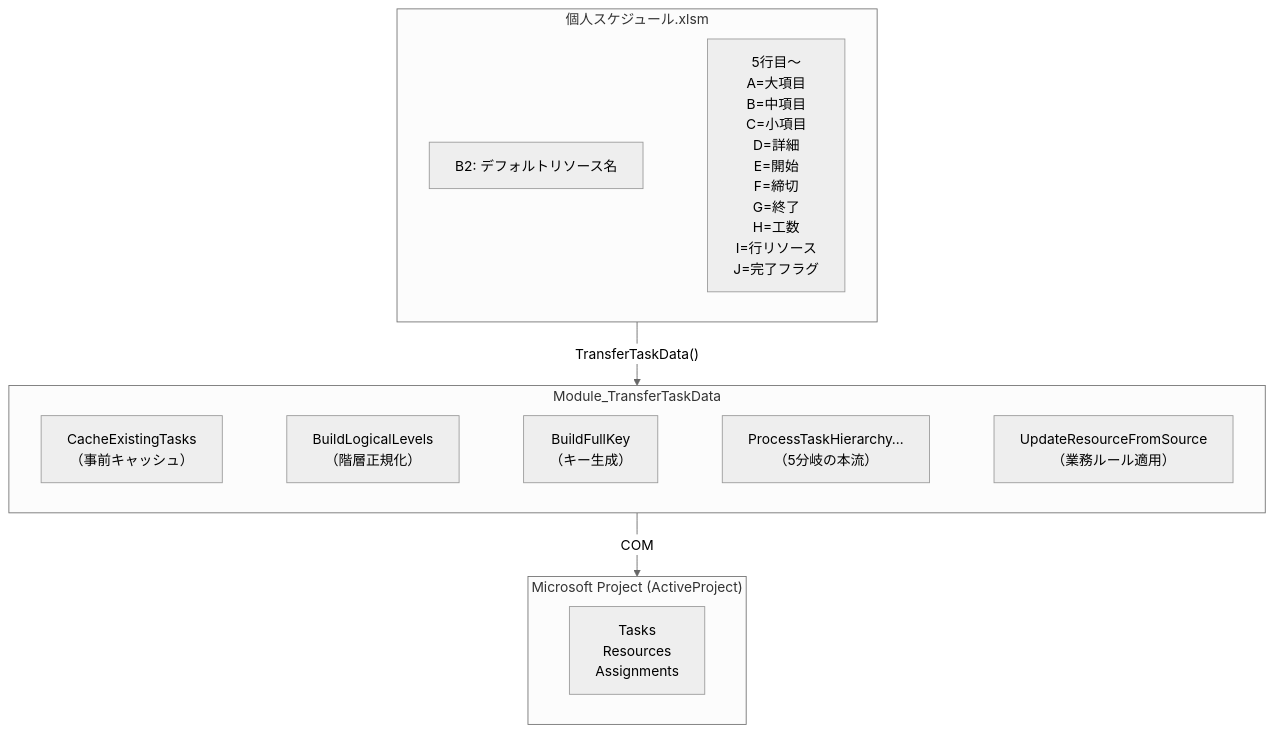
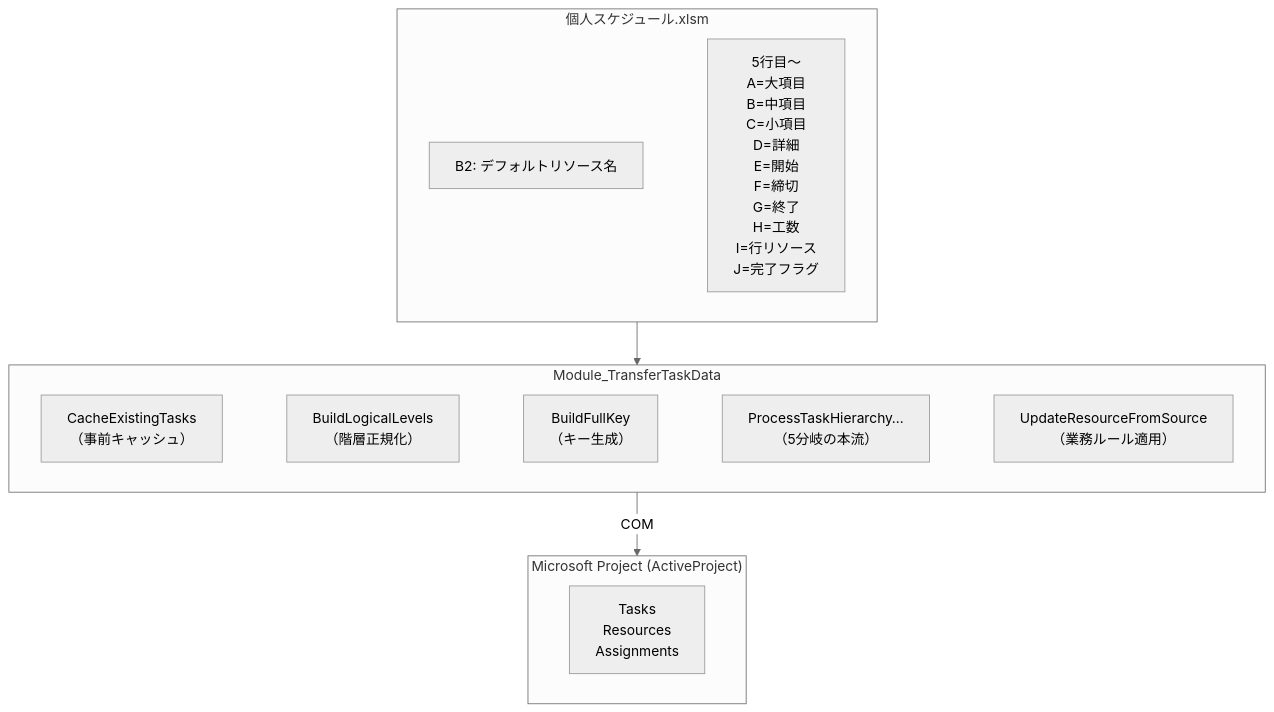
One commit to aki0178/business-system-design-portfolio changed the first of 2 diagrams in 02_excel_to_project.md. Above: the diagram before and after it, drawn with Mermaid (neutral theme).

````diff
--- a/02_excel_to_project.md
+++ b/02_excel_to_project.md
@@ -44,24 +44,24 @@
 ```mermaid
 flowchart TB
     subgraph Excel["個人スケジュール.xlsm"]
         B2["B2: デフォルトリソース名"]
         Rows["5行目〜<br/>A=大項目<br/>B=中項目<br/>C=小項目<br/>D=詳細<br/>E=開始<br/>F=締切<br/>G=終了<br/>H=工数<br/>I=行リソース<br/>J=完了フラグ"]
         B2 ~~~ Rows
     end
 
     subgraph Module["Module_TransferTaskData"]
         Cache["CacheExistingTasks<br/>（事前キャッシュ）"]
         Build["BuildLogicalLevels<br/>（階層正規化）"]
         Key["BuildFullKey<br/>（キー生成）"]
         Proc["ProcessTaskHierarchy…<br/>（5分岐の本流）"]
         Upd["UpdateResourceFromSource<br/>（業務ルール適用）"]
         Cache ~~~ Build ~~~ Key ~~~ Proc ~~~ Upd
     end
 
     subgraph Project["Microsoft Project (ActiveProject)"]
         Items["Tasks<br/>Resources<br/>Assignments"]
     end
 
-    Excel -- "TransferTaskData()" --> Module
+    Excel --> Module
     Module -- "COM" --> Project
 ```
````
